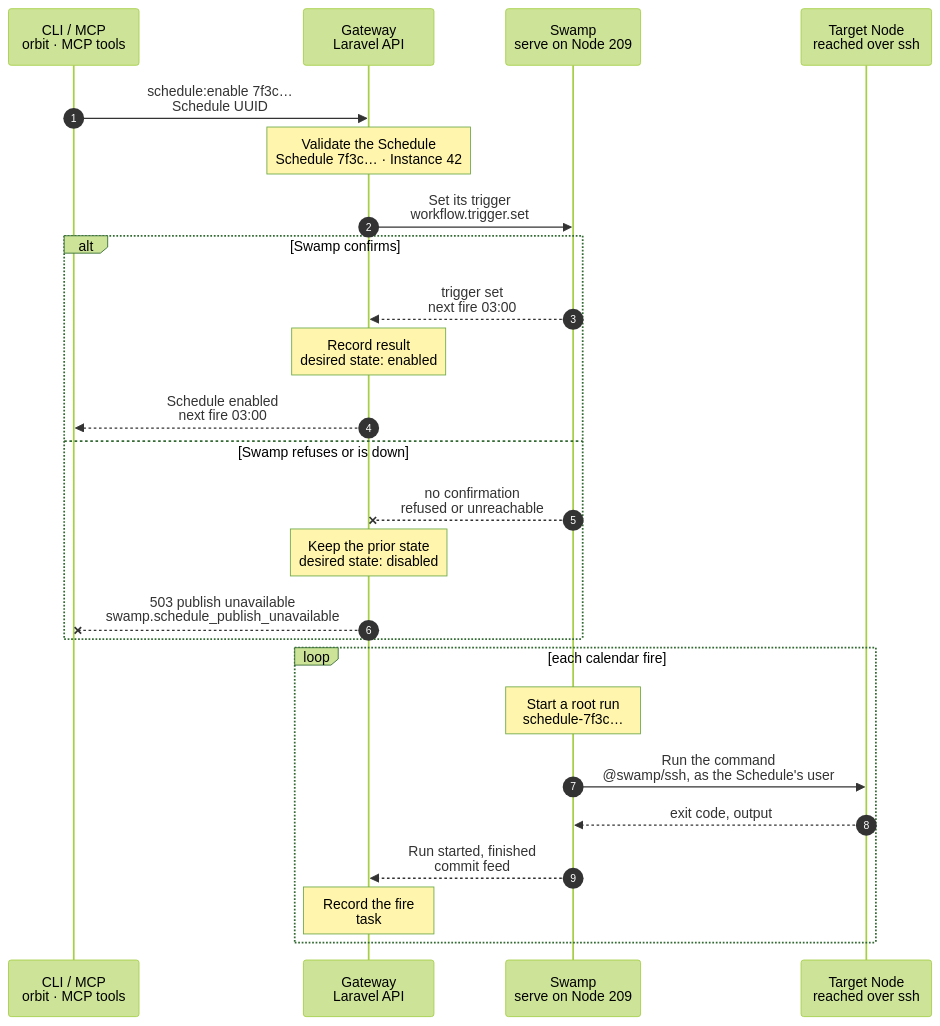
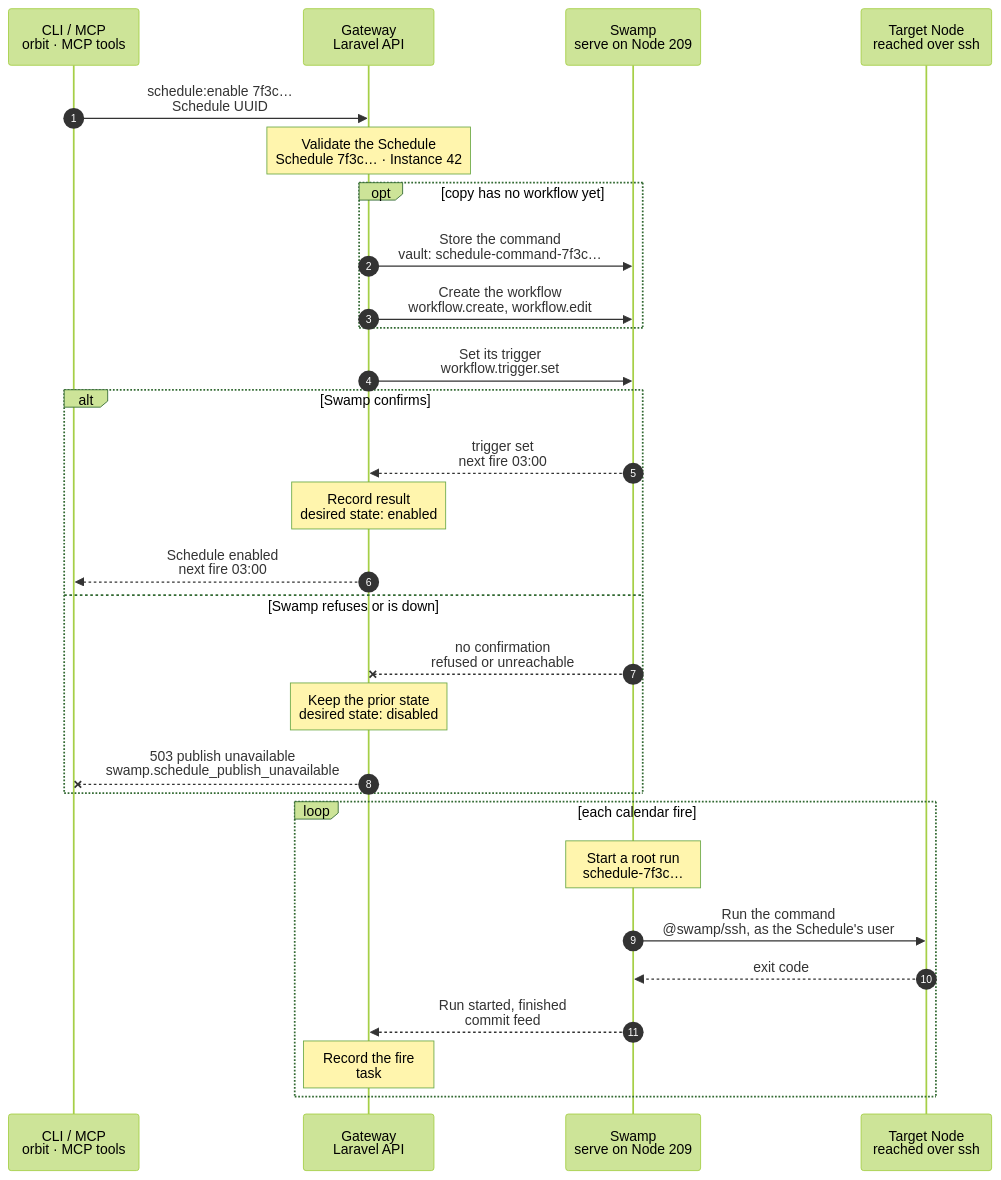
The diagram in docs/cli/schedule/enable.mmd (hardimpactdev/orbit), drawn with Mermaid (forest theme) before and after one commit. The commit also changed 5 other files, not shown here.

Commit message:
fix(schedules): enable only sets an existing workflow trigger

```diff
--- a/docs/cli/schedule/enable.mmd
+++ b/docs/cli/schedule/enable.mmd
@@ -1,86 +1,95 @@
 sequenceDiagram
   %% Target design: ADR 0244 native Swamp schedules, one Swamp workflow per Schedule (Nick 2026-11-02), nothing installed on Nodes; R1.
-  %% status: draft
+  %% status: migrated
   %% command: schedule:enable
   %% kind: schedule.enable
   autonumber
   %% lane CLI icon=terminal pill=caller tone=gray
   %% lane GW icon=gateway pill=intent tone=blue
   %% lane SW icon=workflow pill=executes tone=green
   %% lane N icon=server pill=target tone=amber
   participant CLI as CLI / MCP<br/>orbit · MCP tools
   participant GW as Gateway<br/>Laravel API
   participant SW as Swamp<br/>serve on Node 209
   participant N as Target Node<br/>reached over ssh
   CLI->>GW: schedule:enable 7f3c…<br/>Schedule UUID
   %%> Command:
   %%> - `orbit schedule:enable 7f3c9a2e-41d0-4b8a-9c11-2f6e0d5b7a10`
   %%> - syntax: `<schedule> [--idempotency-key=KEY] [--json]`
   %%> Input:
   %%> - the UUID of the Schedule, as `schedule:list` shows it
   %%> When:
   %%> - after `schedule:create --no-start`, or for a copy that production preparation created disabled
   %%> Disable:
   %%> - `schedule:disable` is the same flow in reverse; see its own chart
   Note over GW: Validate the Schedule<br/>Schedule 7f3c… · Instance 42
   %%> Requirements:
   %%> - your Node has an access grant to Node 12, which runs Instance 42
   %%> - Schedule 7f3c… is active, not failed or removing
   %%> - its trigger is native; a per-minute production scheduler keeps its Node timer, and enable starts that timer as before
   %%> - Instance 42 is still on Node 12
   %%> Already enabled:
   %%> - the trigger is set again; enable is idempotent
+  opt copy has no workflow yet
+    GW->>SW: Store the command<br/>vault: schedule-command-7f3c…
+    %%> What it does:
+    %%> - stores the copied definition's command in the vault before creating its workflow
+    GW->>SW: Create the workflow<br/>workflow.create, workflow.edit
+    %%> What it does:
+    %%> - creates the copied Schedule's workflow with its fixed intent and command key
+    %%> - an existing workflow is kept as it is
+  end
   GW->>SW: Set its trigger<br/>workflow.trigger.set
   %%> What it does:
   %%> - sets the cron trigger of the Schedule's own workflow `schedule-7f3c…` on serve (Node 209)
   %%> - there is no Node work, so no run starts (R1)
   %%> Inputs:
   %%> - the workflow name and the calendar; the intent stays fixed inside the workflow
   alt Swamp confirms
     SW-->>GW: trigger set<br/>next fire 03:00
     %%> Returns:
     %%> - the trigger is active, with its next fire time
     Note over GW: Record result<br/>desired state: enabled
     %%> Result:
     %%> - Schedule 7f3c… is recorded as enabled, only after Swamp confirms
     %%> - task #5140 is recorded as succeeded at once (R1)
     GW-->>CLI: Schedule enabled<br/>next fire 03:00
     %%> What you get:
     %%> - the result at once; there is nothing to follow
   else Swamp refuses or is down
     SW--xGW: no confirmation<br/>refused or unreachable
     %%> When:
     %%> - serve on 209 does not answer, or refuses the trigger
     Note over GW: Keep the prior state<br/>desired state: disabled
     %%> Result:
     %%> - Schedule 7f3c… stays disabled; nothing changed
     %%> Retry:
     %%> - run the same command again; it is safe
     GW--xCLI: 503 publish unavailable<br/>swamp.schedule_publish_unavailable
     %%> Returns:
     %%> - the error code; the Schedule is unchanged
   end
   loop each calendar fire
     Note over SW: Start a root run<br/>schedule-7f3c…
     %%> What it does:
     %%> - serve fires the trigger and starts one root run of `schedule-7f3c…` on 209
     %%> - its step runs `task-command-run` with the fixed intent, within the Schedule's timeout
     %%> Timing:
     %%> - serve runs up to 4 scheduled runs at once; a fire can start late when all are busy
     SW->>N: Run the command<br/>@swamp/ssh, as the Schedule's user
     %%> How:
     %%> - checks the user and the working directory on Node 12
     %%> - reads the command with `vault.get` and sends it on stdin
     %%> Runs as:
     %%> - the Schedule's user, in its working directory, with its shell
-    N-->>SW: exit code, output
+    N-->>SW: exit code
     %%> Returns:
-    %%> - the exit code; the output stays in the Swamp step
+    %%> - the exit code; command output stays in the Node journal
     SW-->>GW: Run started, finished<br/>commit feed
     %%> How the Gateway learns it:
     %%> - its shared run reader sees the root run start and end; Swamp never calls the Gateway
     Note over GW: Record the fire<br/>task #5141 · trigger: schedule
     %%> Result:
     %%> - each fire becomes a task, with trigger `schedule`, recorded when it starts
     %%> - `last_run_at` and `last_run_status` of Schedule 7f3c… are set
   end
```
